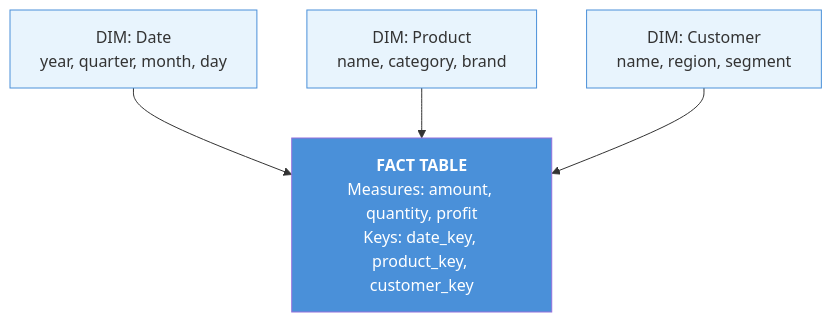
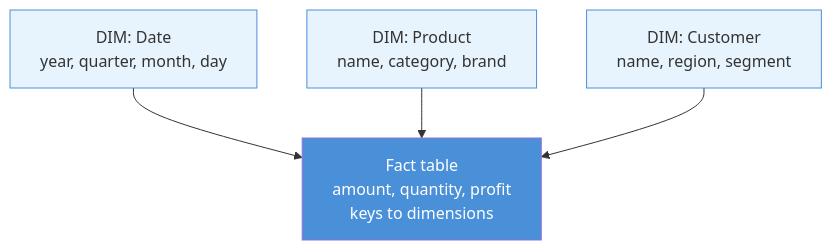
The tenth of 23 diagrams in data-architecture/data-warehouse.md (adnanrahin/adnanrahin.github.io), drawn with Mermaid before and after one commit. The commit also changed other lines of this file and 3 other files, not shown here.

Commit message:
updated the flowchart

````diff
--- a/data-architecture/data-warehouse.md
+++ b/data-architecture/data-warehouse.md
@@ -359,16 +355,16 @@
 ```mermaid
 flowchart TD
-    FACT["<b>FACT TABLE</b><br/>Measures: amount, quantity, profit<br/>Keys: date_key, product_key, customer_key"]
+    FACT["Fact table<br/>amount, quantity, profit<br/>keys to dimensions"]
     DIM1["DIM: Date<br/>year, quarter, month, day"]
     DIM2["DIM: Product<br/>name, category, brand"]
     DIM3["DIM: Customer<br/>name, region, segment"]
 
     DIM1 --> FACT
     DIM2 --> FACT
     DIM3 --> FACT
 
     style FACT fill:#4A90D9,color:#fff
     style DIM1 fill:#E8F4FD,stroke:#4A90D9
     style DIM2 fill:#E8F4FD,stroke:#4A90D9
     style DIM3 fill:#E8F4FD,stroke:#4A90D9
 ```
````
